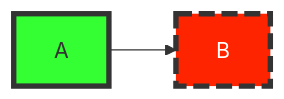
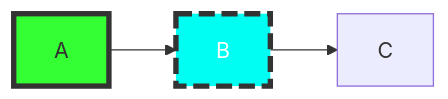
Before and after one commit to SergeevSergeiS/Wildberries: the diagram in README.md, drawn with Mermaid.

Commit message:
README.md created

````diff
--- a/README.md
+++ b/README.md
@@ -1,7 +1,8 @@
 ```mermaid
   flowchart LR
     classDef class1 fill:#3f3,stroke:#333,stroke-width:4px
     classDef class2 fill:#ff2400,stroke:#333,stroke-width:4px,color:#fff,stroke-dasharray: 12 5
+    classDef class2 fill:#00fff2,stroke:#333,stroke-width:4px,color:#fff,stroke-dasharray: 12 5
     
-    A:::class1 --> B:::class2
+    A:::class1 --> B:::class2 --> C:::class3
 ```
````
